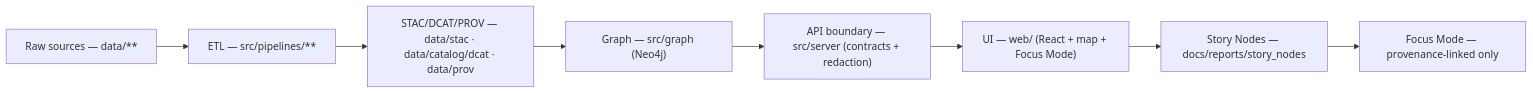
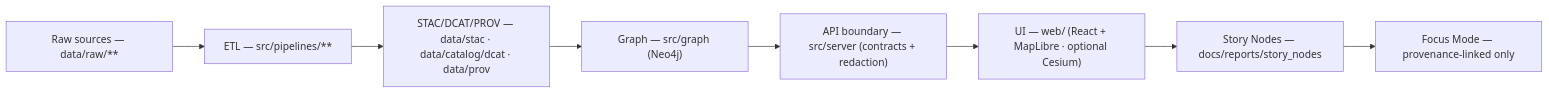
One commit to bartytime4life/Kansas-Frontier-Matrix changed the first of 2 diagrams in README.md. Above: the diagram before and after it, drawn with Mermaid. The commit also changed other lines of this file, not shown here.

```diff
--- a/README.md
+++ b/README.md
@@ -367,10 +391,10 @@
 ~~~mermaid
 flowchart LR
-  R["Raw sources — data/**"] --> A["ETL — src/pipelines/**"]
+  R["Raw sources — data/raw/**"] --> A["ETL — src/pipelines/**"]
   A --> B["STAC/DCAT/PROV — data/stac · data/catalog/dcat · data/prov"]
   B --> C["Graph — src/graph (Neo4j)"]
   C --> D["API boundary — src/server (contracts + redaction)"]
-  D --> E["UI — web/ (React + map + Focus Mode)"]
+  D --> E["UI — web/ (React + MapLibre · optional Cesium)"]
   E --> F["Story Nodes — docs/reports/story_nodes"]
   F --> G["Focus Mode — provenance-linked only"]
 ~~~
```
